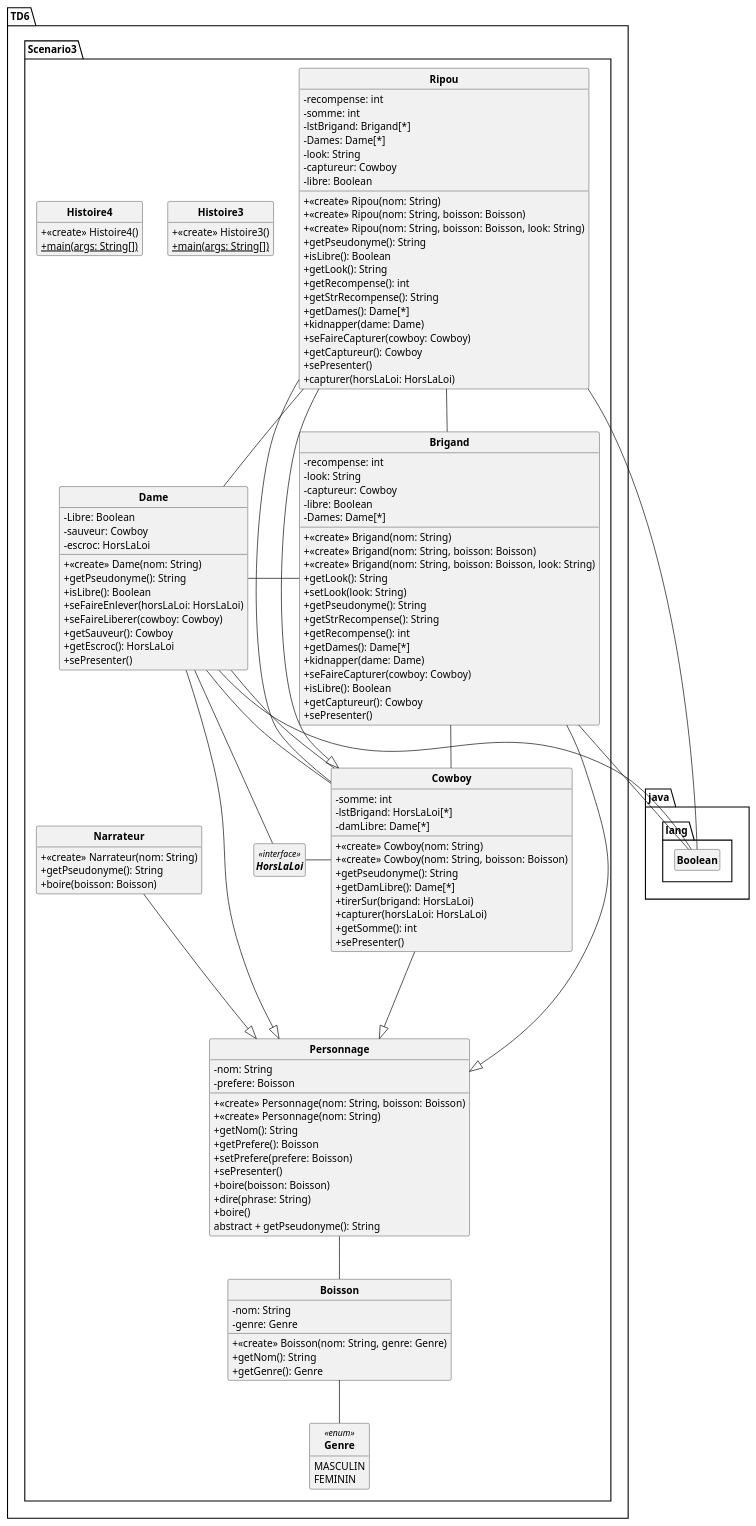
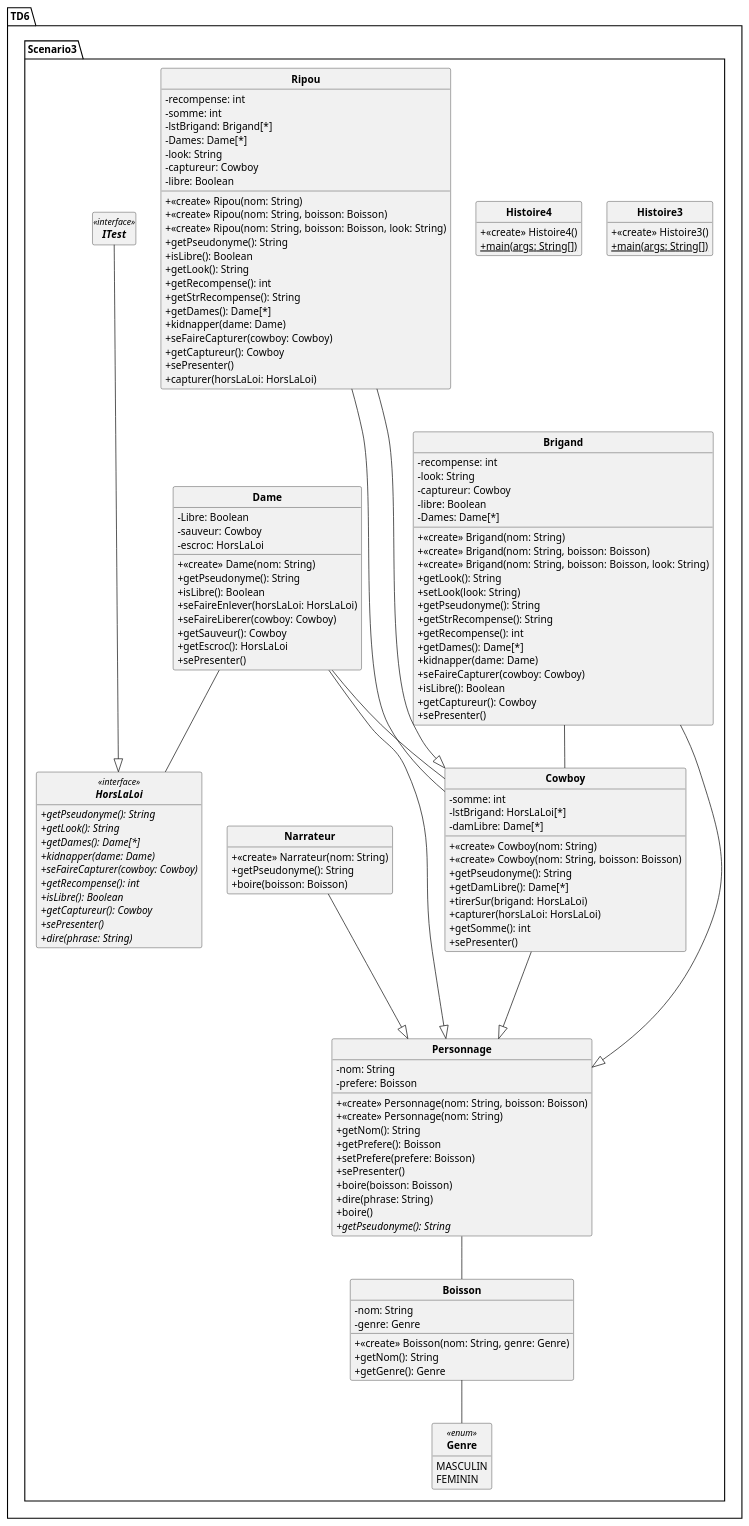
The diagram in uml/DC_Western.puml (SylvainSchaefer/Java-to-PUML), drawn with PlantUML before and after one commit. The commit also changed 3 other files, not shown here.

```diff
--- a/uml/DC_Western.puml
+++ b/uml/DC_Western.puml
@@ -1,161 +1,170 @@
 @startuml
 'https://plantuml.com/class-diagram
 skinparam style strictuml
 skinparam classAttributeIconSize 0
 skinparam classFontStyle Bold
 hide empty members
 
 Class TD6.Scenario3.Boisson{
 + <<create>> Boisson(nom: String, genre: Genre)
 - nom: String
 - genre: Genre
 + getNom(): String
 + getGenre(): Genre
 
 }
 TD6.Scenario3.Boisson -- TD6.Scenario3.Genre
 
 
 Class TD6.Scenario3.Brigand{
 + <<create>> Brigand(nom: String)
 + <<create>> Brigand(nom: String, boisson: Boisson)
 + <<create>> Brigand(nom: String, boisson: Boisson, look: String)
 - recompense: int
 - look: String
 - captureur: Cowboy
 - libre: Boolean
 - Dames: Dame[*]
 + getLook(): String
 + setLook(look: String)
 + getPseudonyme(): String
 + getStrRecompense(): String
 + getRecompense(): int
 + getDames(): Dame[*]
 + kidnapper(dame: Dame)
 + seFaireCapturer(cowboy: Cowboy)
 + isLibre(): Boolean
 + getCaptureur(): Cowboy
 + sePresenter()
 
 }
 TD6.Scenario3.Brigand -- TD6.Scenario3.Cowboy
-TD6.Scenario3.Brigand -- java.lang.Boolean
-TD6.Scenario3.Brigand - TD6.Scenario3.Dame
 
 TD6.Scenario3.Brigand ---|> TD6.Scenario3.Personnage
 Class TD6.Scenario3.Cowboy{
 + <<create>> Cowboy(nom: String)
 + <<create>> Cowboy(nom: String, boisson: Boisson)
 - somme: int
 - lstBrigand: HorsLaLoi[*]
 - damLibre: Dame[*]
 + getPseudonyme(): String
 + getDamLibre(): Dame[*]
 + tirerSur(brigand: HorsLaLoi)
 + capturer(horsLaLoi: HorsLaLoi)
 + getSomme(): int
 + sePresenter()
 
 }
-TD6.Scenario3.Cowboy - TD6.Scenario3.HorsLaLoi
-TD6.Scenario3.Cowboy - TD6.Scenario3.Dame
 
 TD6.Scenario3.Cowboy ---|> TD6.Scenario3.Personnage
 Class TD6.Scenario3.Dame{
 + <<create>> Dame(nom: String)
 - Libre: Boolean
 - sauveur: Cowboy
 - escroc: HorsLaLoi
 + getPseudonyme(): String
 + isLibre(): Boolean
 + seFaireEnlever(horsLaLoi: HorsLaLoi)
 + seFaireLiberer(cowboy: Cowboy)
 + getSauveur(): Cowboy
 + getEscroc(): HorsLaLoi
 + sePresenter()
 
 }
-TD6.Scenario3.Dame -- java.lang.Boolean
 TD6.Scenario3.Dame -- TD6.Scenario3.Cowboy
 TD6.Scenario3.Dame -- TD6.Scenario3.HorsLaLoi
 
 TD6.Scenario3.Dame ---|> TD6.Scenario3.Personnage
 Enum TD6.Scenario3.Genre<<enum>> {
 MASCULIN
 FEMININ
 
 }
 Class TD6.Scenario3.Histoire3{
 + <<create>> Histoire3()
 {static} + main(args: String[])
 
 }
 
 
 Class TD6.Scenario3.Histoire4{
 + <<create>> Histoire4()
 {static} + main(args: String[])
 
 }
 
 
 Interface TD6.Scenario3.HorsLaLoi<<interface>> {
+{abstract} + getPseudonyme(): String
+{abstract} + getLook(): String
+{abstract} + getDames(): Dame[*]
+{abstract} + kidnapper(dame: Dame)
+{abstract} + seFaireCapturer(cowboy: Cowboy)
+{abstract} + getRecompense(): int
+{abstract} + isLibre(): Boolean
+{abstract} + getCaptureur(): Cowboy
+{abstract} + sePresenter()
+{abstract} + dire(phrase: String)
+
 }
+
+Interface TD6.Scenario3.ITest<<interface>> {
+
+}
+TD6.Scenario3.ITest ---|> TD6.Scenario3.HorsLaLoi
+
 Class TD6.Scenario3.Narrateur{
 + <<create>> Narrateur(nom: String)
 + getPseudonyme(): String
 + boire(boisson: Boisson)
 
 }
 
 TD6.Scenario3.Narrateur ---|> TD6.Scenario3.Personnage
 Class TD6.Scenario3.Personnage{
 + <<create>> Personnage(nom: String, boisson: Boisson)
 + <<create>> Personnage(nom: String)
 - nom: String
 - prefere: Boisson
 + getNom(): String
 + getPrefere(): Boisson
 + setPrefere(prefere: Boisson)
 + sePresenter()
 + boire(boisson: Boisson)
 + dire(phrase: String)
 + boire()
-abstract + getPseudonyme(): String
+{abstract} + getPseudonyme(): String
 
 }
 TD6.Scenario3.Personnage -- TD6.Scenario3.Boisson
 
 
 Class TD6.Scenario3.Ripou{
 + <<create>> Ripou(nom: String)
 + <<create>> Ripou(nom: String, boisson: Boisson)
 + <<create>> Ripou(nom: String, boisson: Boisson, look: String)
 - recompense: int
 - somme: int
 - lstBrigand: Brigand[*]
 - Dames: Dame[*]
 - look: String
 - captureur: Cowboy
 - libre: Boolean
 + getPseudonyme(): String
 + isLibre(): Boolean
 + getLook(): String
 + getRecompense(): int
 + getStrRecompense(): String
 + getDames(): Dame[*]
 + kidnapper(dame: Dame)
 + seFaireCapturer(cowboy: Cowboy)
 + getCaptureur(): Cowboy
 + sePresenter()
 + capturer(horsLaLoi: HorsLaLoi)
 
 }
-TD6.Scenario3.Ripou - TD6.Scenario3.Brigand
-TD6.Scenario3.Ripou - TD6.Scenario3.Dame
 TD6.Scenario3.Ripou -- TD6.Scenario3.Cowboy
-TD6.Scenario3.Ripou -- java.lang.Boolean
 
 TD6.Scenario3.Ripou ---|> TD6.Scenario3.Cowboy
 
 @enduml
```
